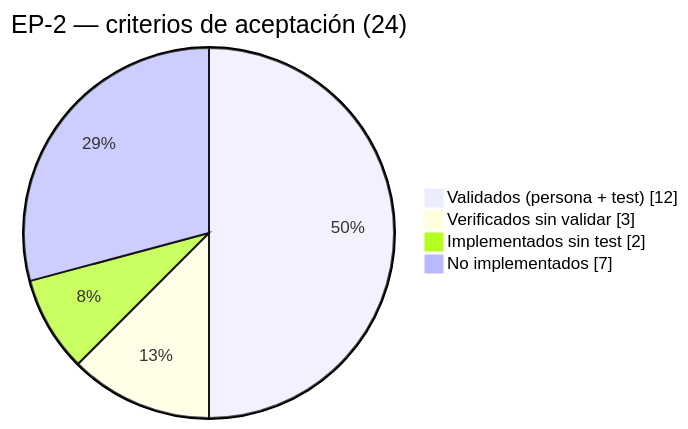
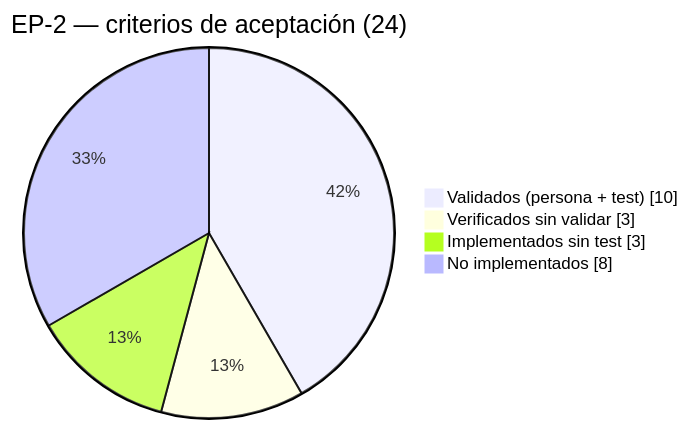
The first of 2 diagrams in docs/handoff/URBANEX_AVANCE_EPICAS.md (P4bl1t0ck/Urbanex), drawn with Mermaid before and after one commit. The commit also changed other lines of this file, not shown here.

````diff
--- a/docs/handoff/URBANEX_AVANCE_EPICAS.md
+++ b/docs/handoff/URBANEX_AVANCE_EPICAS.md
@@ -172,7 +173,7 @@
 ```mermaid
 pie showData title EP-2 — criterios de aceptación (24)
-  "Validados (persona + test)" : 12
+  "Validados (persona + test)" : 10
   "Verificados sin validar" : 3
-  "Implementados sin test" : 2
-  "No implementados" : 7
+  "Implementados sin test" : 3
+  "No implementados" : 8
 ```
````
